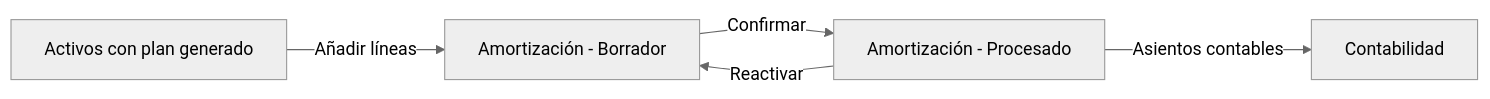
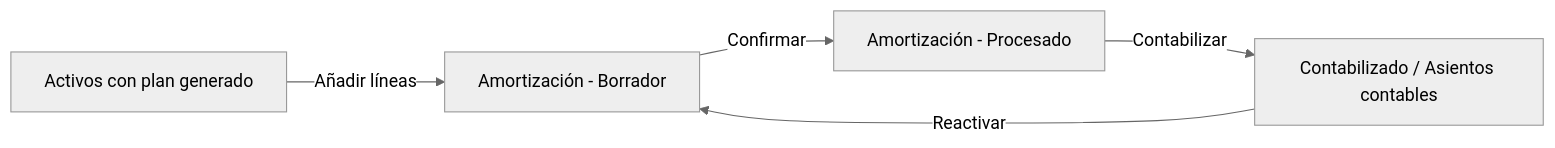
One commit to etendosoftware/etendo-go-docs changed the diagram in docs/es/finanzas/amortizacion/amortizacion.md. Above: the diagram before and after it, drawn with Mermaid (neutral theme). The commit also changed other lines of this file and 17 other files, not shown here.

````diff
--- a/docs/es/finanzas/amortizacion/amortizacion.md
+++ b/docs/es/finanzas/amortizacion/amortizacion.md
@@ -14,7 +14,7 @@
 ```mermaid
 flowchart LR
   A[Activos con plan generado] -->|Añadir líneas| B[Amortización - Borrador]
   B -->|Confirmar| C[Amortización - Procesado]
-  C -->|Asientos contables| D[Contabilidad]
-  C -->|Reactivar| B
+  C -->|Contabilizar| D[Contabilizado / Asientos contables]
+  D -->|Reactivar| B
 ```
````
